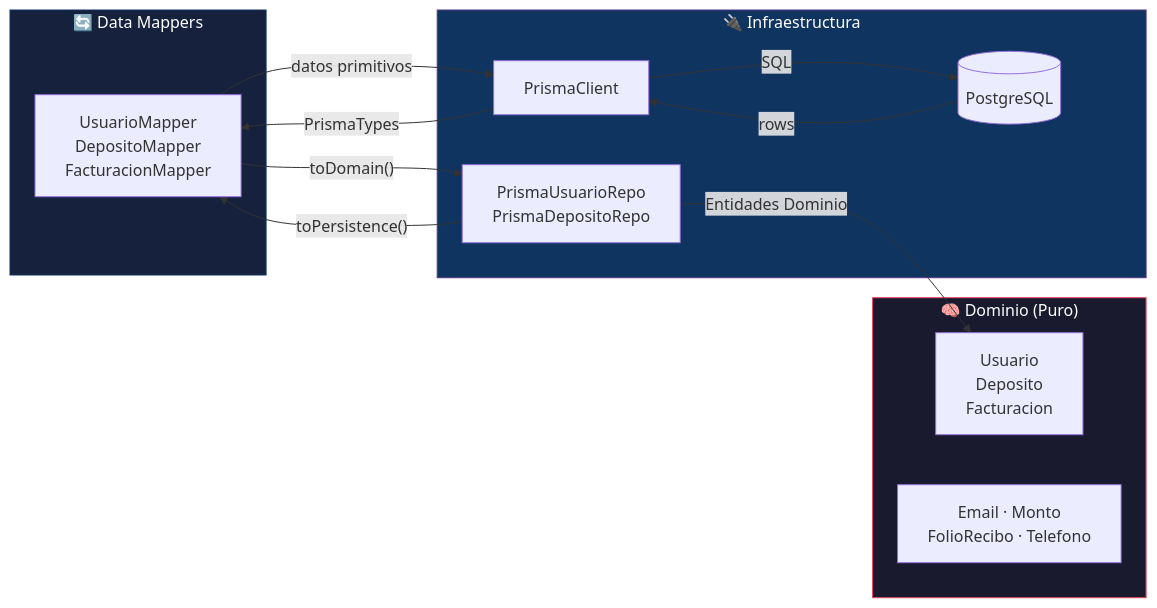
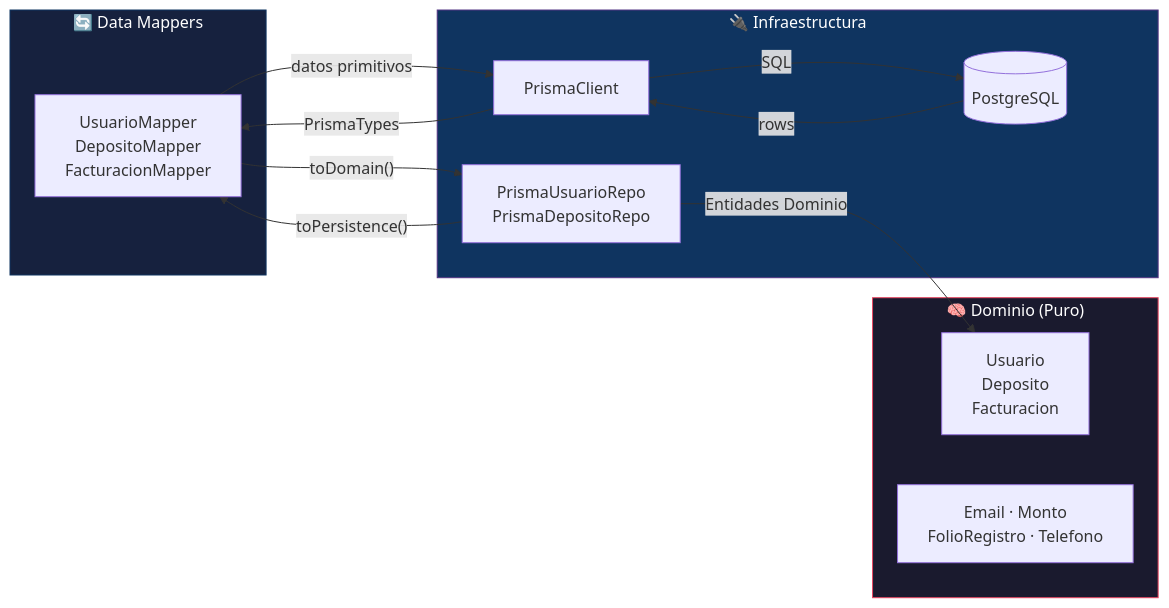
One commit to iKinoo/aniei-registro-2026 changed diagram 14 of 14 in docs/DESIGN.md. Above: the diagram before and after it, drawn with Mermaid. The commit also changed other lines of this file and 3 other files, not shown here.

````diff
--- a/docs/DESIGN.md
+++ b/docs/DESIGN.md
@@ -1319,29 +1722,29 @@
 ```mermaid
 graph LR
     subgraph Domain["🧠 Dominio (Puro)"]
         E["Usuario<br/>Deposito<br/>Facturacion"]
-        VO["Email · Monto<br/>FolioRecibo · Telefono"]
+        VO["Email · Monto<br/>FolioRegistro · Telefono"]
     end
 
     subgraph Mapper["🔄 Data Mappers"]
         M["UsuarioMapper<br/>DepositoMapper<br/>FacturacionMapper"]
     end
 
     subgraph Infra["🔌 Infraestructura"]
         R["PrismaUsuarioRepo<br/>PrismaDepositoRepo"]
         P["PrismaClient"]
         DB[("PostgreSQL")]
     end
 
     R -->|"toPersistence()"| M
     M -->|"datos primitivos"| P
     P -->|"SQL"| DB
     DB -->|"rows"| P
     P -->|"PrismaTypes"| M
     M -->|"toDomain()"| R
     R -->|"Entidades Dominio"| E
 
     style Domain fill:#1a1a2e,stroke:#e94560,color:#fff
     style Mapper fill:#16213e,stroke:#0f3460,color:#fff
     style Infra fill:#0f3460,stroke:#533483,color:#fff
 ```
````
